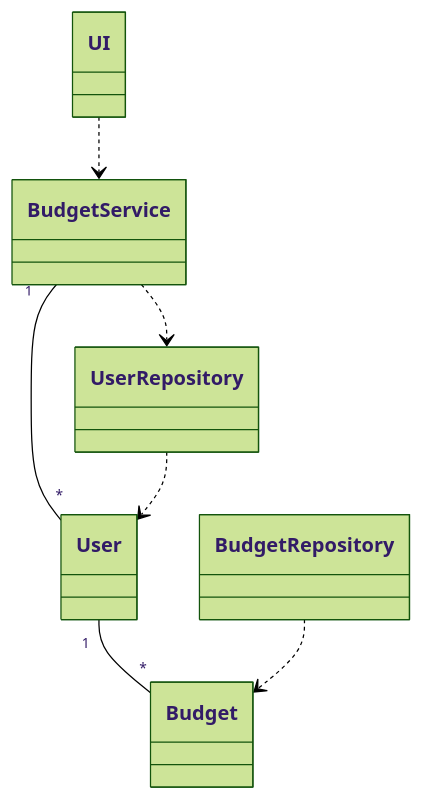
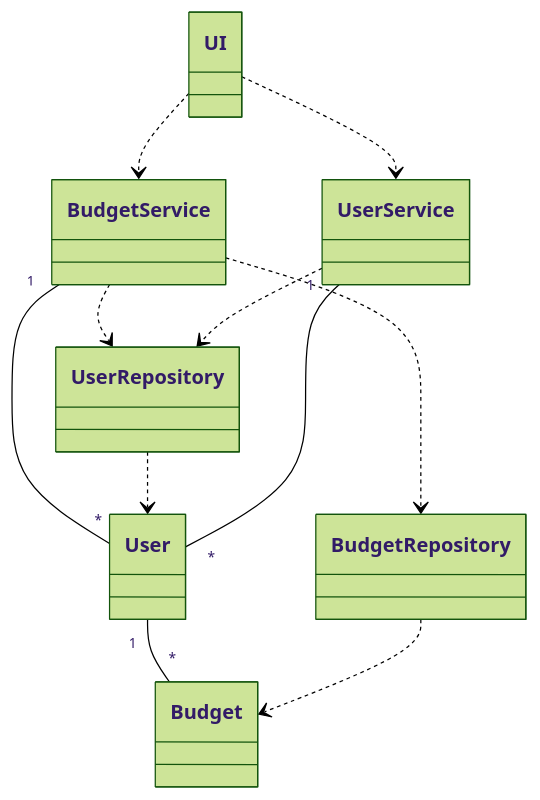
The first of 3 diagrams in dokumentaatio/arkkitehtuuri.md (jensjvh/ot-harjoitusty-), drawn with Mermaid (forest theme) before and after one commit. The commit also changed other lines of this file, not shown here.

````diff
--- a/dokumentaatio/arkkitehtuuri.md
+++ b/dokumentaatio/arkkitehtuuri.md
@@ -5,9 +5,13 @@
 ```mermaid
   classDiagram
     UI  ..> BudgetService
     BudgetService ..> UserRepository
+    BudgetService ..> BudgetRepository
     BudgetService "1" -- "*" User
     User "1" -- "*" Budget
     UserRepository ..> User
     BudgetRepository ..> Budget
+    UI ..> UserService
+    UserService ..> UserRepository
+    UserService "1" -- "*" User
 ```
````
